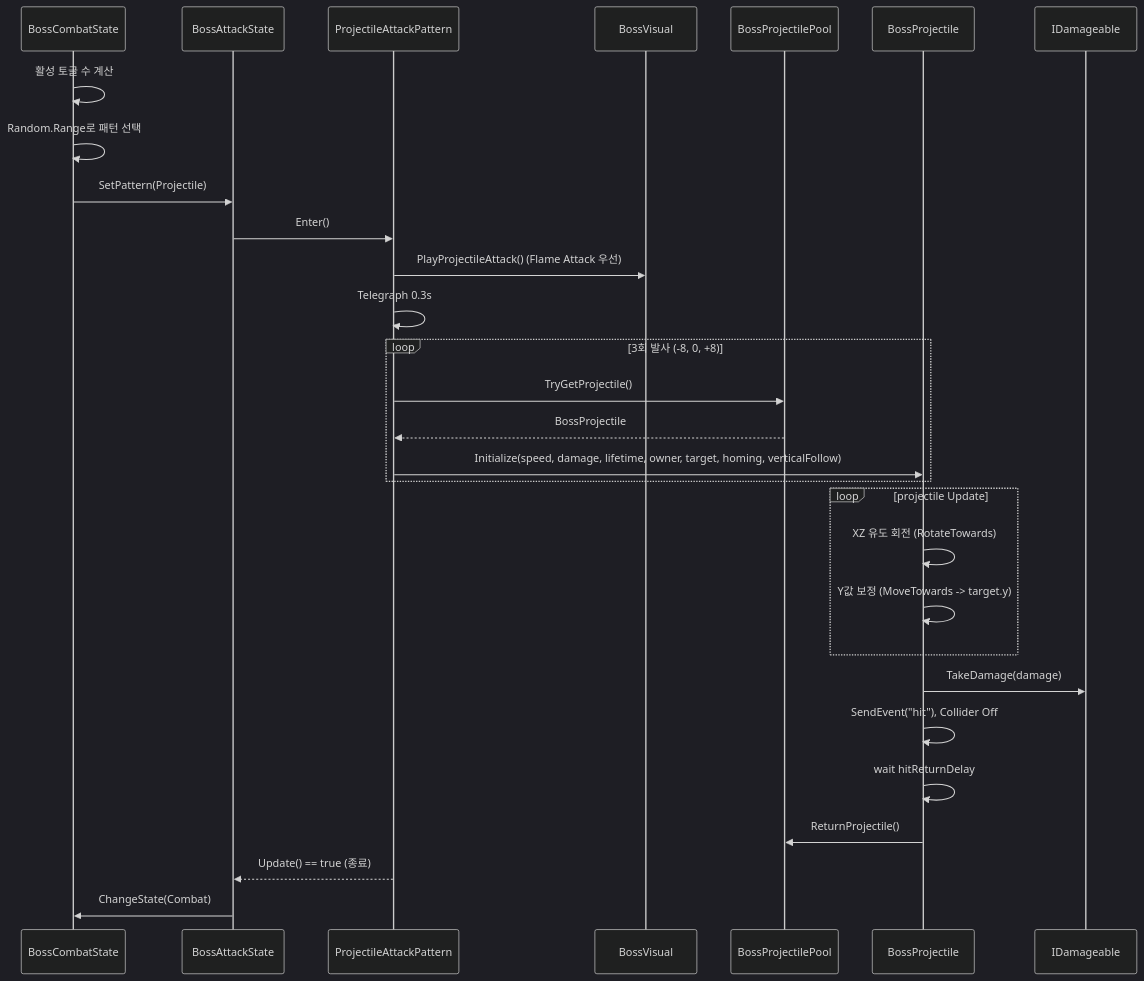
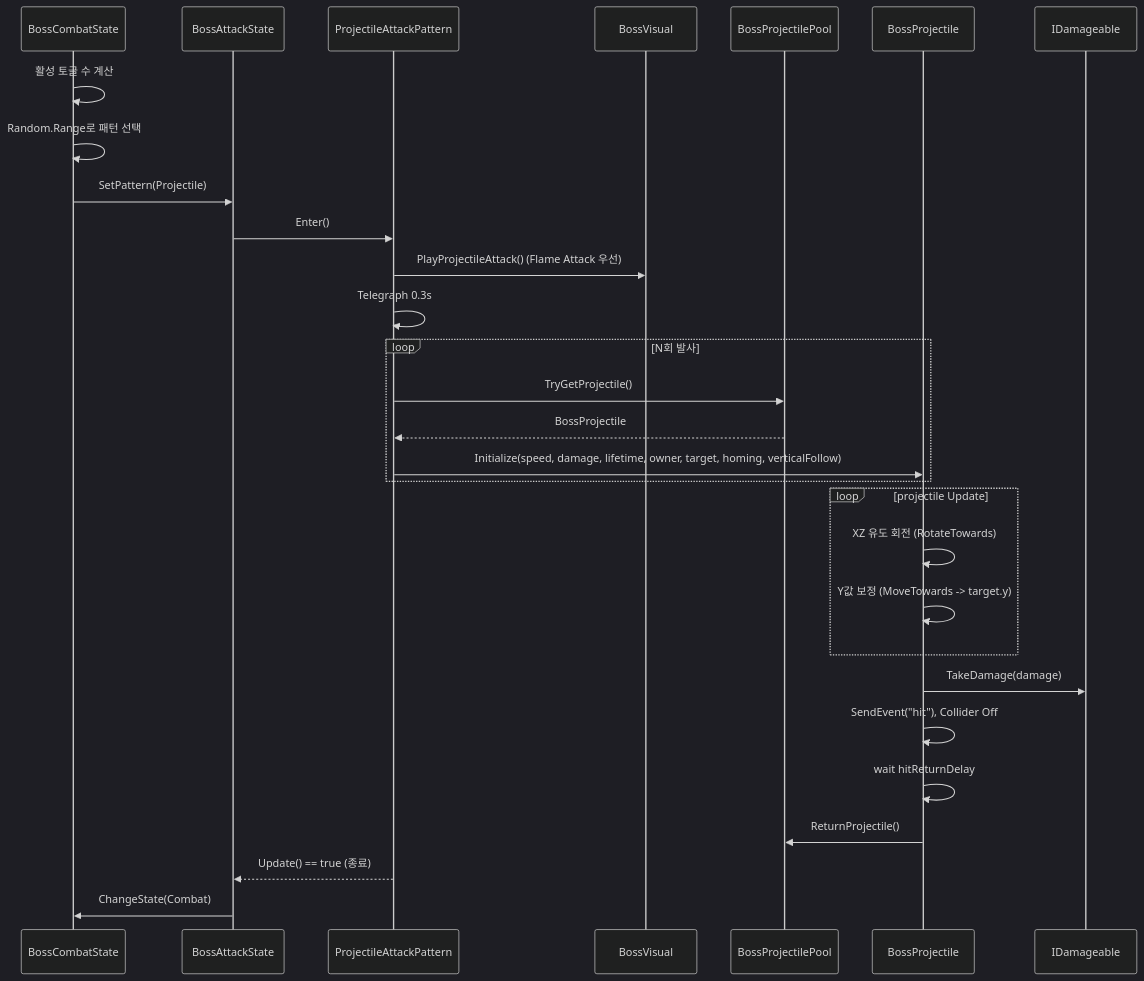
Before and after one commit to BallTank/BossRaidPortfolio: the second of 3 diagrams in docs/technical/Input_FSM_Flow.md, drawn with Mermaid (dark theme). The commit also changed other lines of this file and 5 other files, not shown here.

Commit message:
feat: add boss phase split flow

````diff
--- a/docs/technical/Input_FSM_Flow.md
+++ b/docs/technical/Input_FSM_Flow.md
@@ -164,32 +164,32 @@
 ```mermaid
 sequenceDiagram
     participant Combat as BossCombatState
     participant Attack as BossAttackState
     participant Pattern as ProjectileAttackPattern
     participant Visual as BossVisual
     participant Pool as BossProjectilePool
     participant Proj as BossProjectile
     participant Target as IDamageable
 
     Combat->>Combat: 활성 토글 수 계산
     Combat->>Combat: Random.Range로 패턴 선택
     Combat->>Attack: SetPattern(Projectile)
     Attack->>Pattern: Enter()
     Pattern->>Visual: PlayProjectileAttack() (Flame Attack 우선)
     Pattern->>Pattern: Telegraph 0.3s
-    loop 3회 발사 (-8, 0, +8)
+    loop N회 발사
         Pattern->>Pool: TryGetProjectile()
         Pool-->>Pattern: BossProjectile
         Pattern->>Proj: Initialize(speed, damage, lifetime, owner, target, homing, verticalFollow)
     end
     loop projectile Update
         Proj->>Proj: XZ 유도 회전 (RotateTowards)
         Proj->>Proj: Y값 보정 (MoveTowards -> target.y)
     end
     Proj->>Target: TakeDamage(damage)
     Proj->>Proj: SendEvent("hit"), Collider Off
     Proj->>Proj: wait hitReturnDelay
     Proj->>Pool: ReturnProjectile()
     Pattern-->>Attack: Update() == true (종료)
     Attack->>Combat: ChangeState(Combat)
 ```
````
